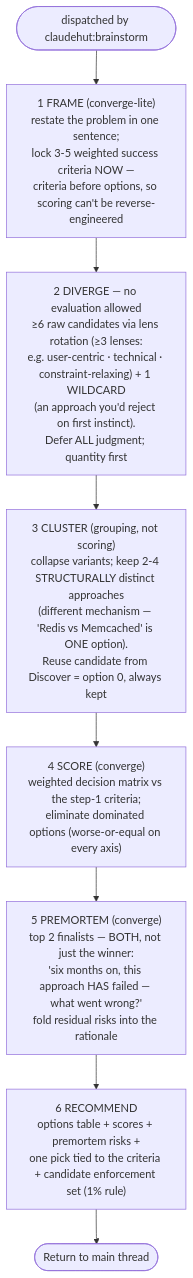
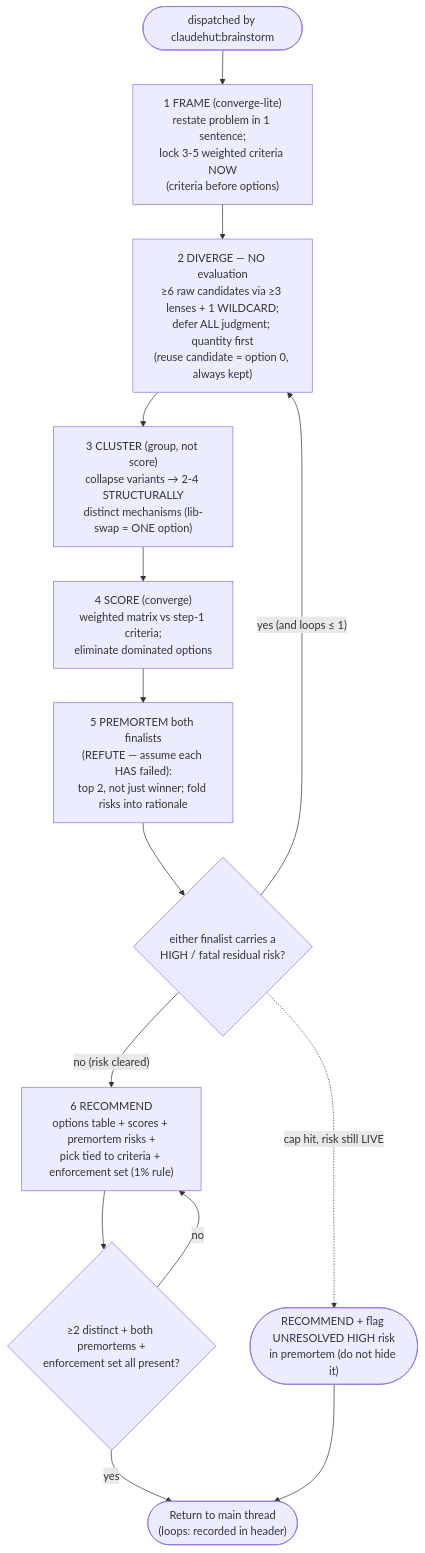
One commit to taipt1504/claudehut changed the diagram in agents/claudehut-brainstormer.md. Above: the diagram before and after it, drawn with Mermaid. The commit also changed other lines of this file and 22 other files, not shown here.

First line of the commit message:
feat(v0.8): skill+agent prompts — gates wired, ultra-flow diagrams, concision

````diff
--- a/agents/claudehut-brainstormer.md
+++ b/agents/claudehut-brainstormer.md
@@ -26,10 +26,16 @@
 ```mermaid
 flowchart TB
-    a([dispatched by claudehut:brainstorm]) --> frame["1 FRAME (converge-lite)<br/>restate the problem in one sentence;<br/>lock 3-5 weighted success criteria NOW —<br/>criteria before options, so scoring can't be reverse-engineered"]
-    frame --> div["2 DIVERGE — no evaluation allowed<br/>≥6 raw candidates via lens rotation (≥3 lenses:<br/>e.g. user-centric · technical · constraint-relaxing) + 1 WILDCARD<br/>(an approach you'd reject on first instinct).<br/>Defer ALL judgment; quantity first"]
-    div --> clus["3 CLUSTER (grouping, not scoring)<br/>collapse variants; keep 2-4 STRUCTURALLY distinct approaches<br/>(different mechanism — 'Redis vs Memcached' is ONE option).<br/>Reuse candidate from Discover = option 0, always kept"]
-    clus --> score["4 SCORE (converge)<br/>weighted decision matrix vs the step-1 criteria;<br/>eliminate dominated options (worse-or-equal on every axis)"]
-    score --> pre["5 PREMORTEM (converge)<br/>top 2 finalists — BOTH, not just the winner:<br/>'six months on, this approach HAS failed — what went wrong?'<br/>fold residual risks into the rationale"]
-    pre --> rec["6 RECOMMEND<br/>options table + scores + premortem risks +<br/>one pick tied to the criteria + candidate enforcement set (1% rule)"]
-    rec --> out([Return to main thread])
+    a(["dispatched by claudehut:brainstorm"]) --> frame["1 FRAME (converge-lite)<br/>restate problem in 1 sentence;<br/>lock 3-5 weighted criteria NOW<br/>(criteria before options)"]
+    frame --> div["2 DIVERGE — NO evaluation<br/>≥6 raw candidates via ≥3 lenses + 1 WILDCARD;<br/>defer ALL judgment; quantity first<br/>(reuse candidate = option 0, always kept)"]
+    div --> clus["3 CLUSTER (group, not score)<br/>collapse variants → 2-4 STRUCTURALLY<br/>distinct mechanisms (lib-swap = ONE option)"]
+    clus --> score["4 SCORE (converge)<br/>weighted matrix vs step-1 criteria;<br/>eliminate dominated options"]
+    score --> pre["5 PREMORTEM both finalists<br/>(REFUTE — assume each HAS failed):<br/>top 2, not just winner; fold risks into rationale"]
+    pre --> conv{"either finalist carries a<br/>HIGH / fatal residual risk?"}
+    conv -- "yes (and loops ≤ 1)" --> div
+    conv -- "no (risk cleared)" --> rec["6 RECOMMEND<br/>options table + scores + premortem risks +<br/>pick tied to criteria + enforcement set (1% rule)"]
+    conv -. "cap hit, risk still LIVE" .-> esc(["RECOMMEND + flag UNRESOLVED HIGH risk<br/>in premortem (do not hide it)"])
+    rec --> ret{"≥2 distinct + both premortems +<br/>enforcement set all present?"}
+    ret -- "no" --> rec
+    ret -- "yes" --> out(["Return to main thread<br/>(loops: recorded in header)"])
+    esc --> out
 ```
````
